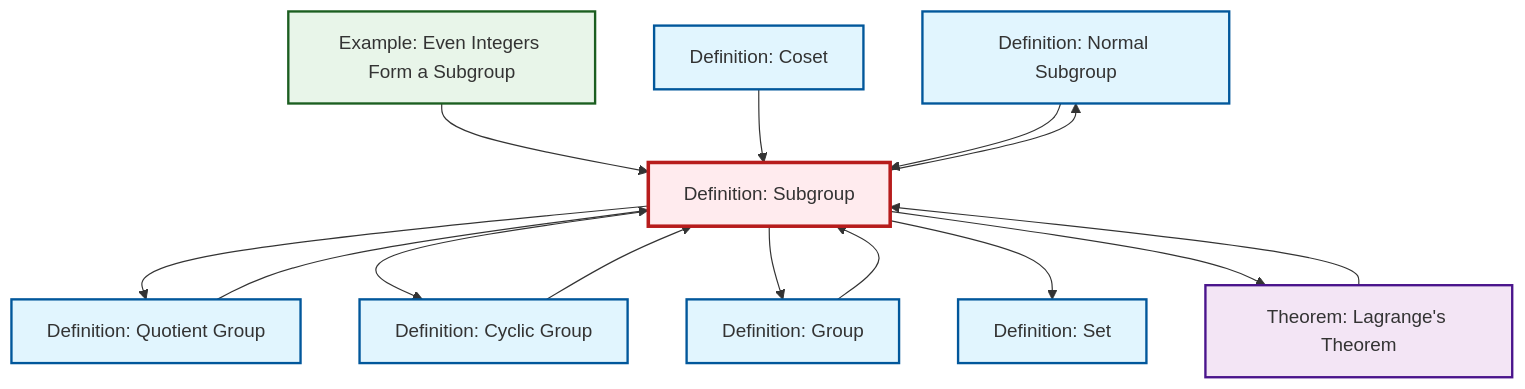
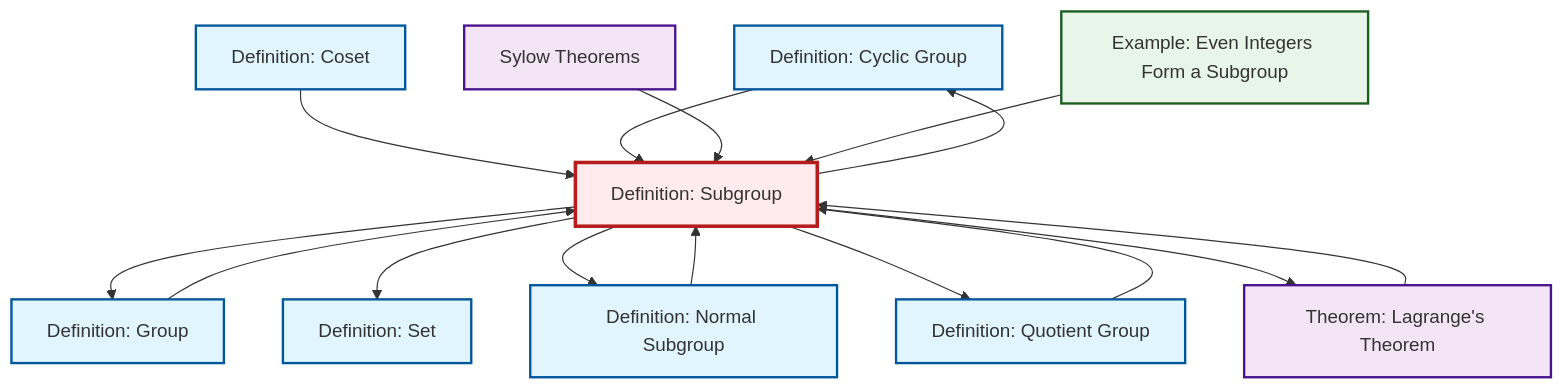
Before and after one commit to RK0429/ModernMath: the diagram in content/ja/algebra/def-subgroup.qmd, drawn with Mermaid. The commit also changed 531 other files, not shown here.

First line of the commit message:
feat: Add Sylow Theorems with comprehensive cross-references

````diff
--- a/content/ja/algebra/def-subgroup.qmd
+++ b/content/ja/algebra/def-subgroup.qmd
@@ -53,40 +53,43 @@
 ```{mermaid}
 %%| fig-cap: "Local dependency graph"
 graph TD
     classDef definition fill:#e1f5fe,stroke:#01579b,stroke-width:2px
     classDef theorem fill:#f3e5f5,stroke:#4a148c,stroke-width:2px
     classDef axiom fill:#fff3e0,stroke:#e65100,stroke-width:2px
     classDef example fill:#e8f5e9,stroke:#1b5e20,stroke-width:2px
     classDef current fill:#ffebee,stroke:#b71c1c,stroke-width:3px
+    def-cyclic-group["Definition: Cyclic Group"]:::definition
+    def-set["Definition: Set"]:::definition
+    def-quotient-group["Definition: Quotient Group"]:::definition
+    thm-sylow["Sylow Theorems"]:::theorem
     def-normal-subgroup["Definition: Normal Subgroup"]:::definition
-    def-set["Definition: Set"]:::definition
+    def-group["Definition: Group"]:::definition
+    def-subgroup["Definition: Subgroup"]:::definition
     thm-lagrange["Theorem: Lagrange's Theorem"]:::theorem
+    ex-even-integers-subgroup["Example: Even Integers Form a Subgroup"]:::example
     def-coset["Definition: Coset"]:::definition
-    def-quotient-group["Definition: Quotient Group"]:::definition
-    def-cyclic-group["Definition: Cyclic Group"]:::definition
-    def-subgroup["Definition: Subgroup"]:::definition
-    def-group["Definition: Group"]:::definition
-    ex-even-integers-subgroup["Example: Even Integers Form a Subgroup"]:::example
-    ex-even-integers-subgroup --> def-subgroup
+    def-subgroup --> def-cyclic-group
+    def-subgroup --> def-group
+    def-group --> def-subgroup
     def-coset --> def-subgroup
-    def-normal-subgroup --> def-subgroup
-    def-subgroup --> def-normal-subgroup
-    def-subgroup --> def-quotient-group
-    def-cyclic-group --> def-subgroup
     def-quotient-group --> def-subgroup
     thm-lagrange --> def-subgroup
-    def-subgroup --> def-cyclic-group
-    def-group --> def-subgroup
-    def-subgroup --> def-group
     def-subgroup --> def-set
+    def-cyclic-group --> def-subgroup
+    def-subgroup --> def-normal-subgroup
+    thm-sylow --> def-subgroup
+    ex-even-integers-subgroup --> def-subgroup
+    def-normal-subgroup --> def-subgroup
+    def-subgroup --> def-quotient-group
     def-subgroup --> thm-lagrange
     class def-subgroup current
+    click def-cyclic-group "def-cyclic-group.html" "Definition: Cyclic Groupへ"
+    click def-set "def-set.html" "Definition: Setへ"
+    click def-quotient-group "def-quotient-group.html" "Definition: Quotient Groupへ"
+    click thm-sylow "thm-sylow.html" "Sylow Theoremsへ"
     click def-normal-subgroup "def-normal-subgroup.html" "Definition: Normal Subgroupへ"
-    click def-set "def-set.html" "Definition: Setへ"
+    click def-group "def-group.html" "Definition: Groupへ"
     click thm-lagrange "thm-lagrange.html" "Theorem: Lagrange's Theoremへ"
+    click ex-even-integers-subgroup "ex-even-integers-subgroup.html" "Example: Even Integers Form a Subgroupへ"
     click def-coset "def-coset.html" "Definition: Cosetへ"
-    click def-quotient-group "def-quotient-group.html" "Definition: Quotient Groupへ"
-    click def-cyclic-group "def-cyclic-group.html" "Definition: Cyclic Groupへ"
-    click def-group "def-group.html" "Definition: Groupへ"
-    click ex-even-integers-subgroup "ex-even-integers-subgroup.html" "Example: Even Integers Form a Subgroupへ"
 ```
````
